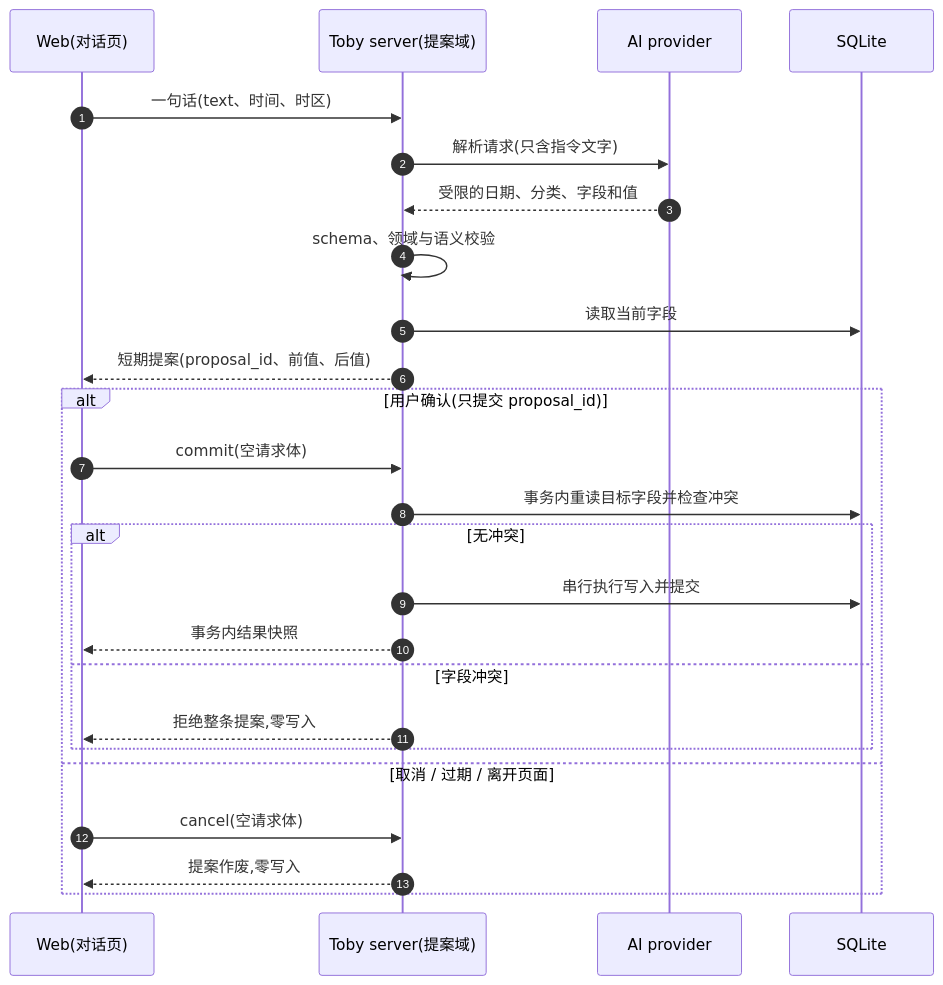
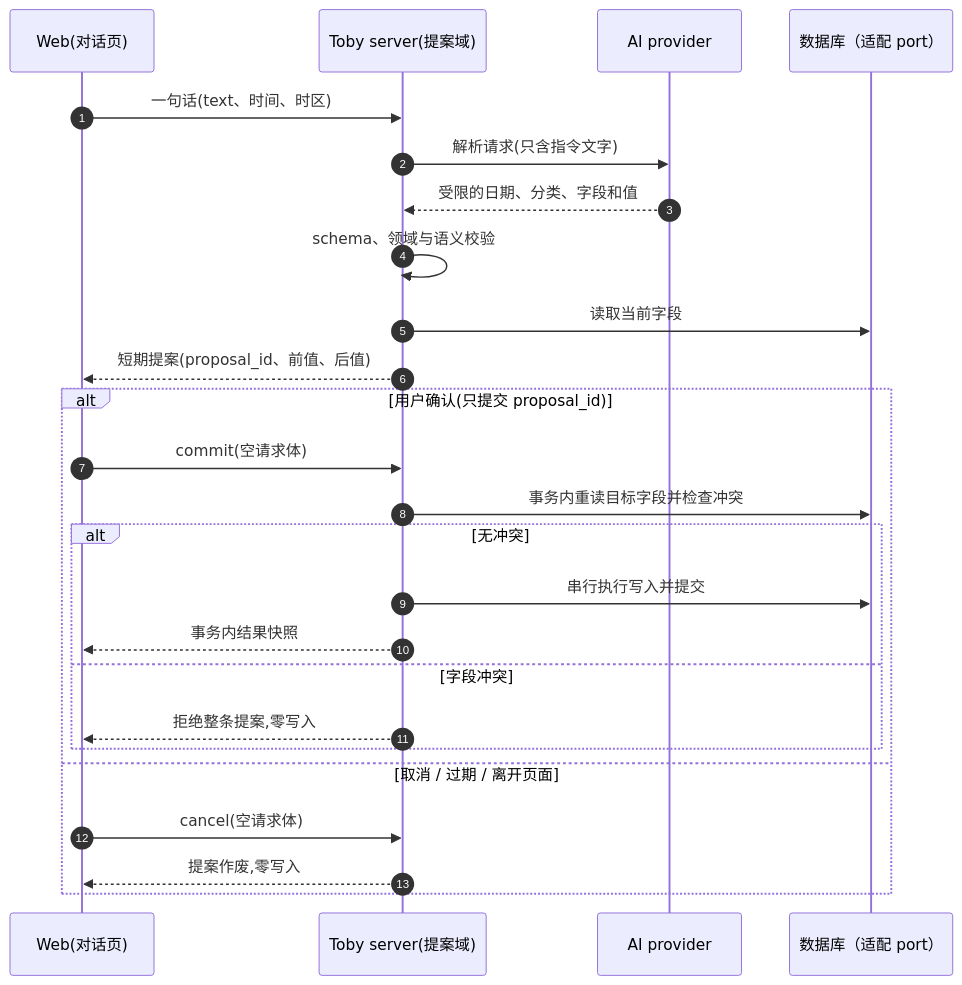
Before and after one commit to dengyusys/toby: the second of 3 diagrams in docs/system-overview.zh.md, drawn with Mermaid. The commit also changed other lines of this file and 28 other files, not shown here.

Commit message:
feat(server): database port with sqlite and mysql adapters

````diff
--- a/docs/system-overview.zh.md
+++ b/docs/system-overview.zh.md
@@ -86,29 +86,29 @@
 ```mermaid
 sequenceDiagram
     autonumber
     participant W as Web(对话页)
     participant S as Toby server(提案域)
     participant A as AI provider
-    participant D as SQLite
+    participant D as 数据库（适配 port）
 
     W->>S: 一句话(text、时间、时区)
     S->>A: 解析请求(只含指令文字)
     A-->>S: 受限的日期、分类、字段和值
     S->>S: schema、领域与语义校验
     S->>D: 读取当前字段
     S-->>W: 短期提案(proposal_id、前值、后值)
 
     alt 用户确认(只提交 proposal_id)
         W->>S: commit(空请求体)
         S->>D: 事务内重读目标字段并检查冲突
         alt 无冲突
             S->>D: 串行执行写入并提交
             S-->>W: 事务内结果快照
         else 字段冲突
             S-->>W: 拒绝整条提案,零写入
         end
     else 取消 / 过期 / 离开页面
         W->>S: cancel(空请求体)
         S-->>W: 提案作废,零写入
     end
 ```
````
